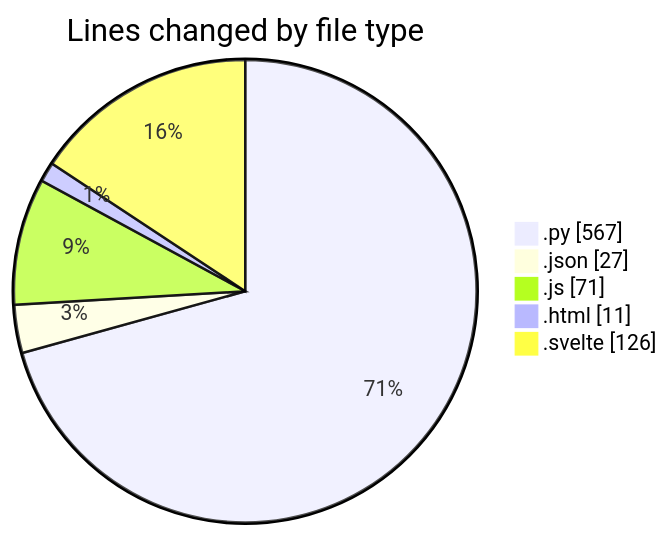
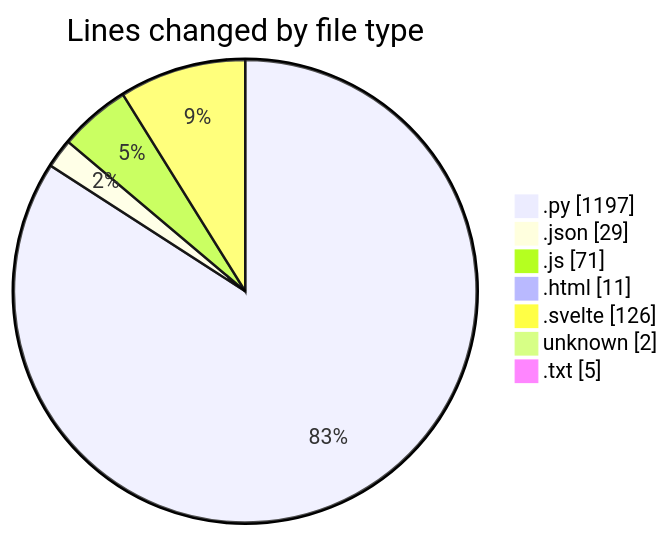
One commit to lephambinh05/code-tracking changed the first of 2 diagrams in 2025-07-10/toolsopenemalpass/README.md. Above: the diagram before and after it, drawn with Mermaid. The commit also changed other lines of this file and 1 other file, not shown here.

````diff
--- a/2025-07-10/toolsopenemalpass/README.md
+++ b/2025-07-10/toolsopenemalpass/README.md
@@ -44,9 +49,11 @@
 ```mermaid
 pie showData
 title Lines changed by file type
-".py" : 567
-".json" : 27
+".py" : 1197
+".json" : 29
 ".js" : 71
 ".html" : 11
 ".svelte" : 126
+"unknown" : 2
+".txt" : 5
 ```
````
